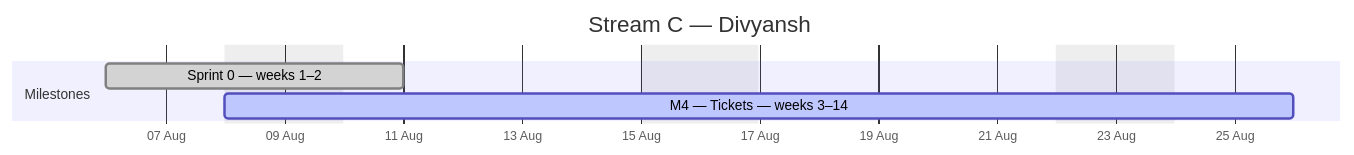
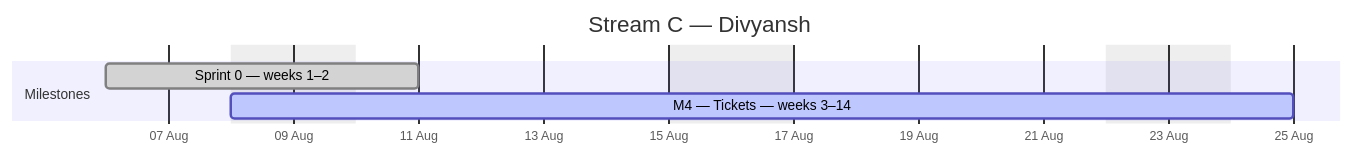
Before and after one commit to debashisedunext/EduTrack: the third of 4 diagrams in docs/plan/GANTT.md, drawn with Mermaid. The commit also changed other lines of this file and 4 other files, not shown here.

````diff
--- a/docs/plan/GANTT.md
+++ b/docs/plan/GANTT.md
@@ -117,10 +117,10 @@
 ```mermaid
 gantt
     dateFormat YYYY-MM-DD
     axisFormat %d %b
     title Stream C — Divyansh
     excludes weekends
     section Milestones
     Sprint 0 — weeks 1–2 :done, c0, 2026-08-06, 3d
-    M4 — Tickets — weeks 3–14 :active, c1, 2026-08-08, 13d
+    M4 — Tickets — weeks 3–14 :active, c1, 2026-08-08, 12d
 ```
````
